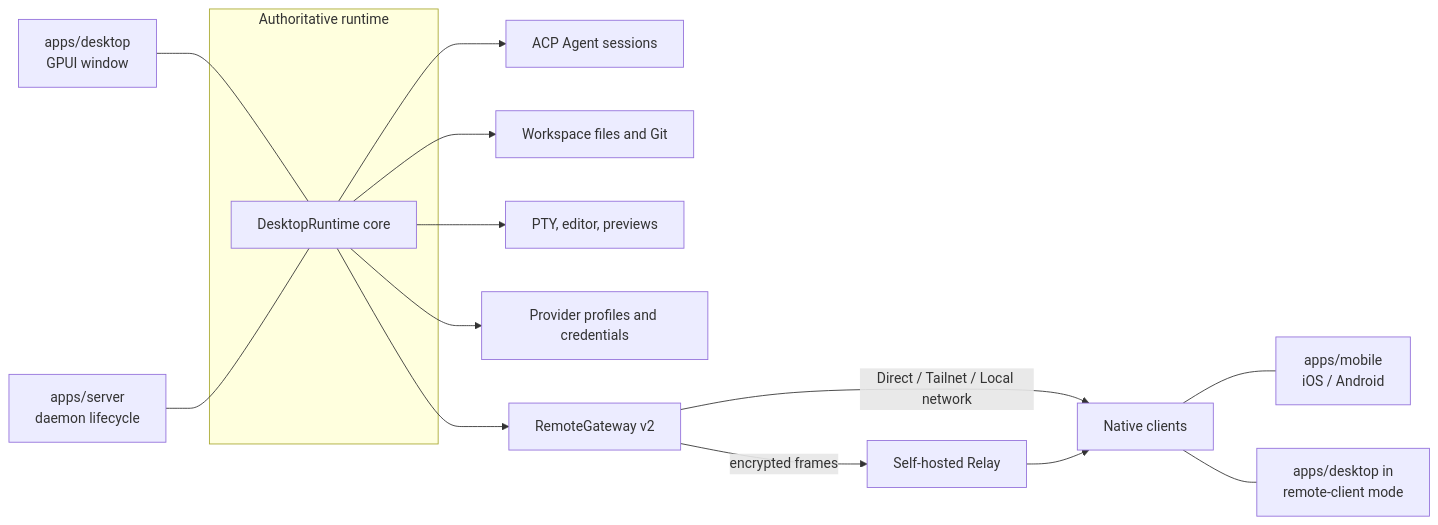
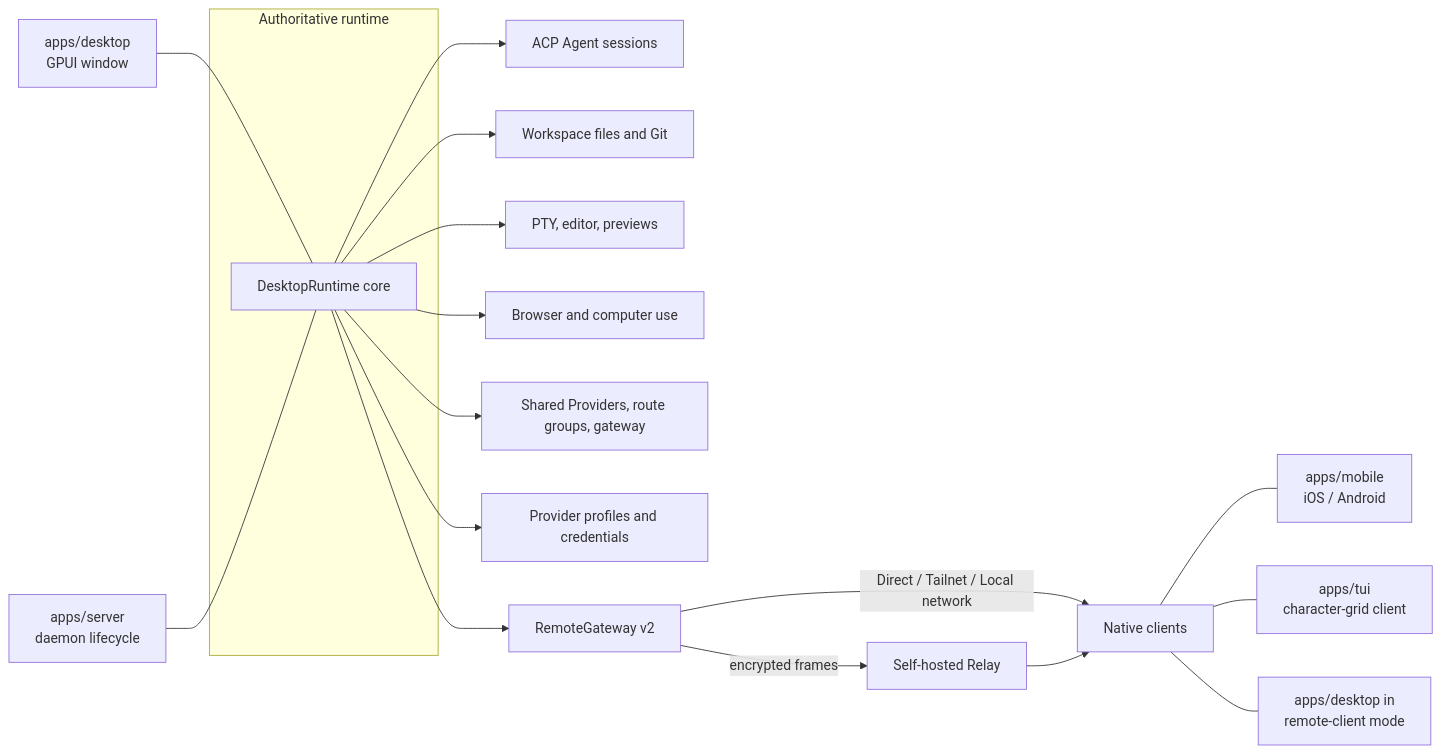
Before and after one commit to vibex-ai/vibex-docs: the diagram in en/developer/architecture.mdx, drawn with Mermaid. The commit also changed other lines of this file and 96 other files, not shown here.

````diff
--- a/en/developer/architecture.mdx
+++ b/en/developer/architecture.mdx
@@ -10,18 +10,21 @@
 ```mermaid
 flowchart LR
   subgraph Authority[Authoritative runtime]
     D[DesktopRuntime core]
   end
   D --> A[ACP Agent sessions]
   D --> W[Workspace files and Git]
   D --> T[PTY, editor, previews]
+  D --> B[Browser and computer use]
+  D --> G[Shared Providers, route groups, gateway]
   D --> P[Provider profiles and credentials]
   D --> R[RemoteGateway v2]
   R -->|Direct / Tailnet / Local network| M[Native clients]
   R -->|encrypted frames| X[Self-hosted Relay]
   X --> M
   DE[apps/desktop<br/>GPUI window] --- D
   SV[apps/server<br/>daemon lifecycle] --- D
   M --- MB[apps/mobile<br/>iOS / Android]
+  M --- TUI[apps/tui<br/>character-grid client]
   M --- DKT[apps/desktop in<br/>remote-client mode]
 ```
````
